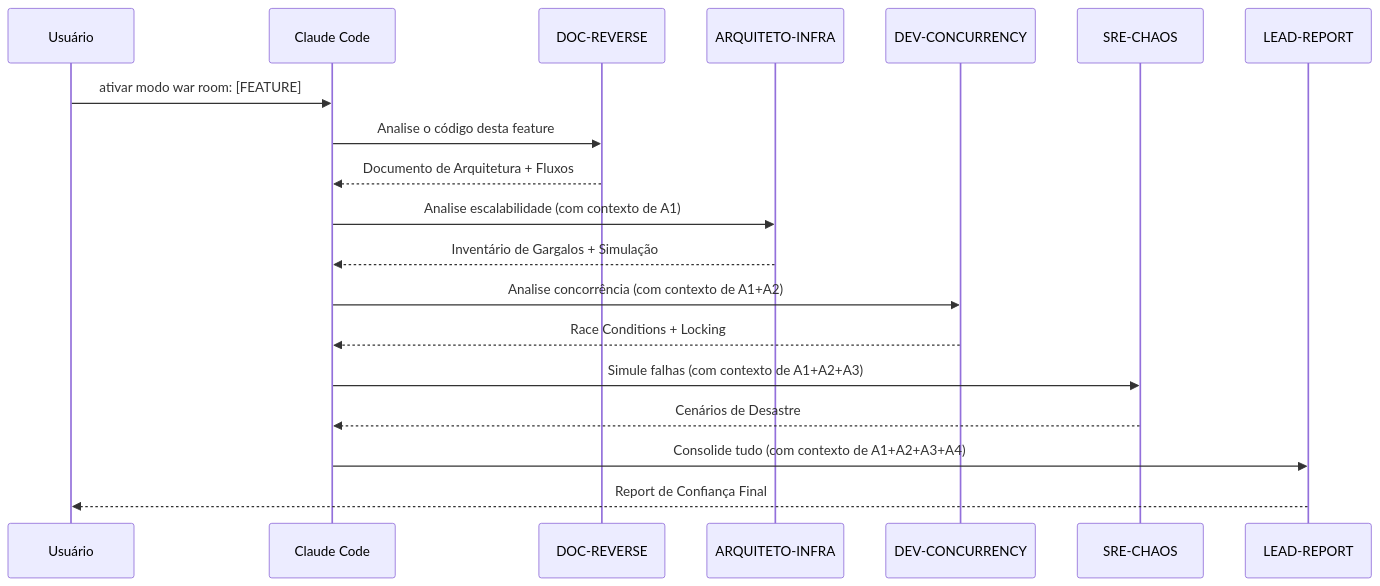
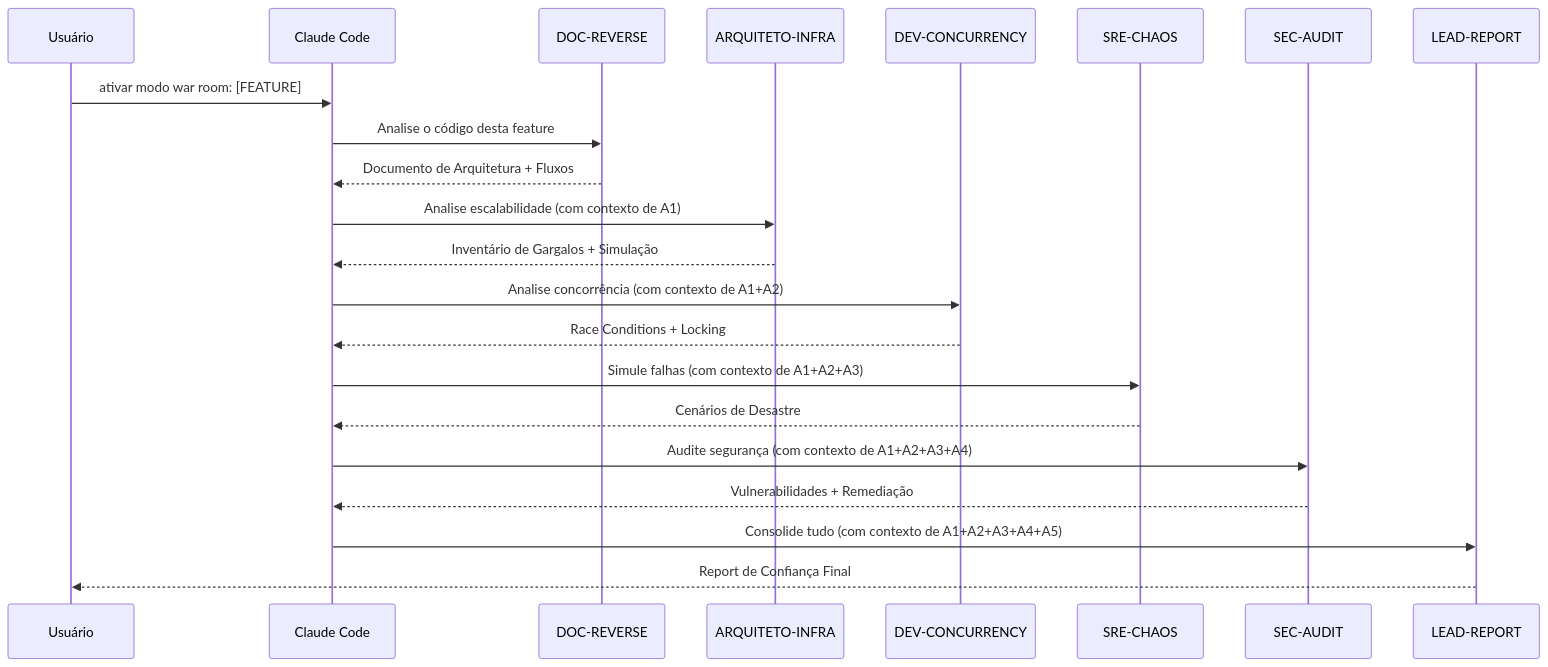
One commit to RandMelville/claude-war-room changed the diagram in docs/ARCHITECTURE.md. Above: the diagram before and after it, drawn with Mermaid. The commit also changed other lines of this file and 10 other files, not shown here.

````diff
--- a/docs/ARCHITECTURE.md
+++ b/docs/ARCHITECTURE.md
@@ -9,22 +9,25 @@
 ```mermaid
 sequenceDiagram
     participant U as Usuário
     participant CC as Claude Code
     participant A1 as DOC-REVERSE
     participant A2 as ARQUITETO-INFRA
     participant A3 as DEV-CONCURRENCY
     participant A4 as SRE-CHAOS
-    participant A5 as LEAD-REPORT
+    participant A5 as SEC-AUDIT
+    participant A6 as LEAD-REPORT
 
     U->>CC: ativar modo war room: [FEATURE]
     CC->>A1: Analise o código desta feature
     A1-->>CC: Documento de Arquitetura + Fluxos
     CC->>A2: Analise escalabilidade (com contexto de A1)
     A2-->>CC: Inventário de Gargalos + Simulação
     CC->>A3: Analise concorrência (com contexto de A1+A2)
     A3-->>CC: Race Conditions + Locking
     CC->>A4: Simule falhas (com contexto de A1+A2+A3)
     A4-->>CC: Cenários de Desastre
-    CC->>A5: Consolide tudo (com contexto de A1+A2+A3+A4)
-    A5-->>U: Report de Confiança Final
+    CC->>A5: Audite segurança (com contexto de A1+A2+A3+A4)
+    A5-->>CC: Vulnerabilidades + Remediação
+    CC->>A6: Consolide tudo (com contexto de A1+A2+A3+A4+A5)
+    A6-->>U: Report de Confiança Final
 ```
````
